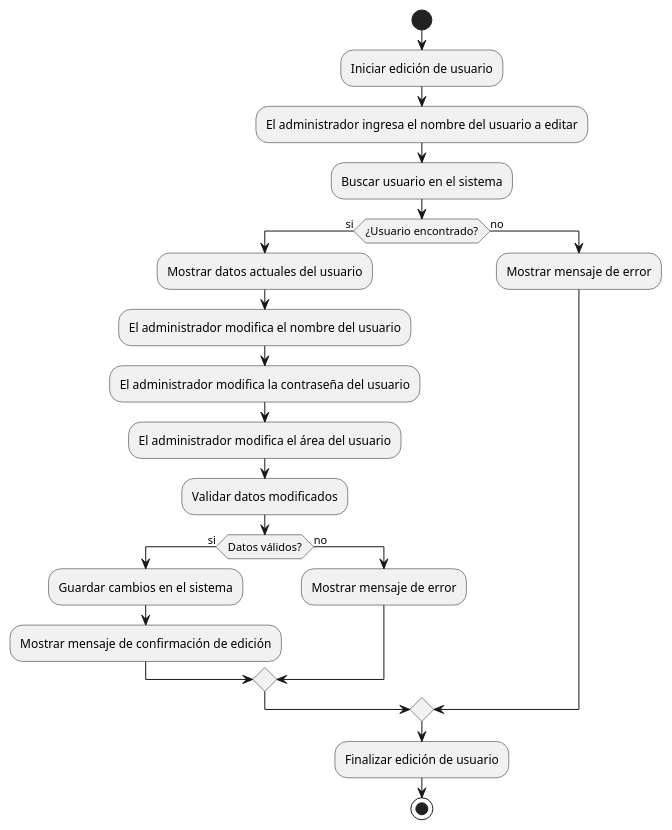
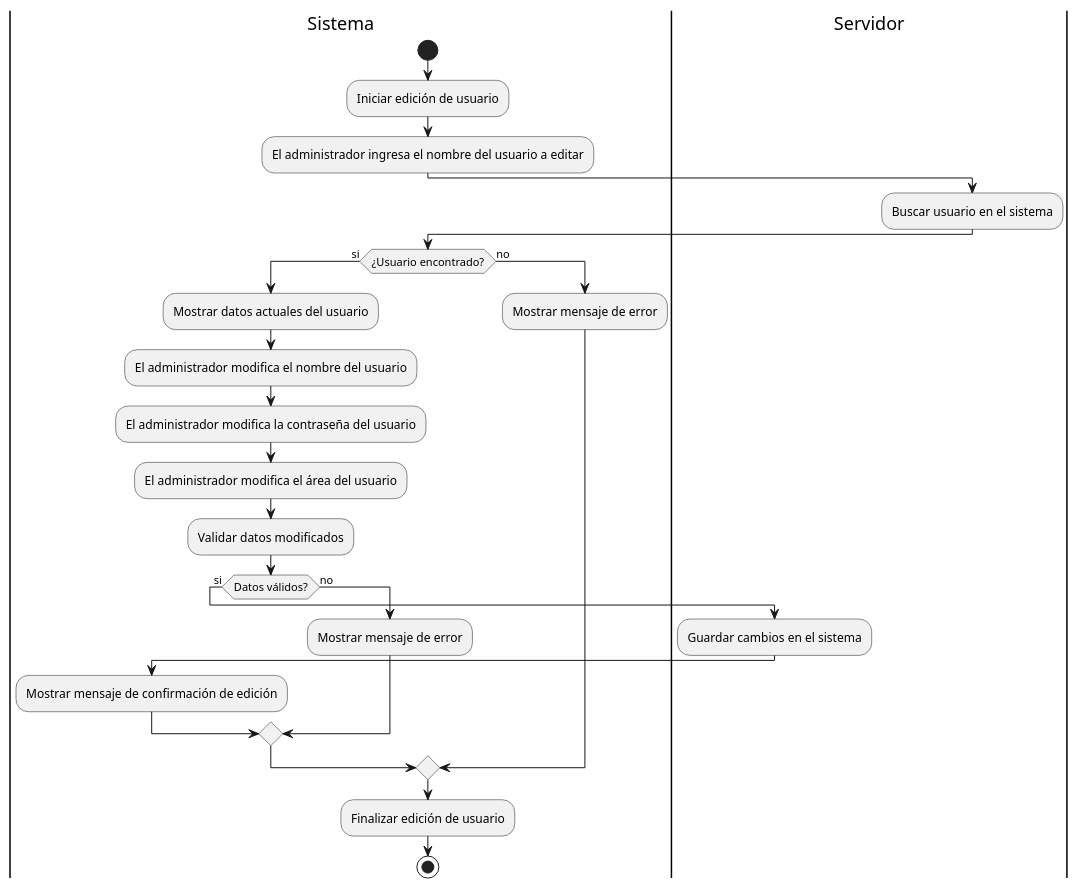
The diagram in Análisis y Diseño/Proyectos/Proyecto final/Diagramas/Casos de uso/Editar usuario.wsd (PabloCoti/apuntes_url), drawn with PlantUML before and after one commit. The commit also changed 19 other files, not shown here.

```diff
--- a/Análisis y Diseño/Proyectos/Proyecto final/Diagramas/Casos de uso/Editar usuario.wsd
+++ b/Análisis y Diseño/Proyectos/Proyecto final/Diagramas/Casos de uso/Editar usuario.wsd
@@ -1,25 +1,30 @@
 @startuml Editar usuario
 
+|Sistema|
 start
 :Iniciar edición de usuario;
 :El administrador ingresa el nombre del usuario a editar;
+|Servidor|
 :Buscar usuario en el sistema;
+|Sistema|
 if (¿Usuario encontrado?) then (si)
     :Mostrar datos actuales del usuario;
     :El administrador modifica el nombre del usuario;
     :El administrador modifica la contraseña del usuario;
     :El administrador modifica el área del usuario;
     :Validar datos modificados;
     if (Datos válidos?) then (si)
+        |Servidor|
         :Guardar cambios en el sistema;
+        |Sistema|
         :Mostrar mensaje de confirmación de edición;
     else (no)
         :Mostrar mensaje de error;
     endif
 else (no)
     :Mostrar mensaje de error;
 endif
 :Finalizar edición de usuario;
 stop
 
 @enduml
```
